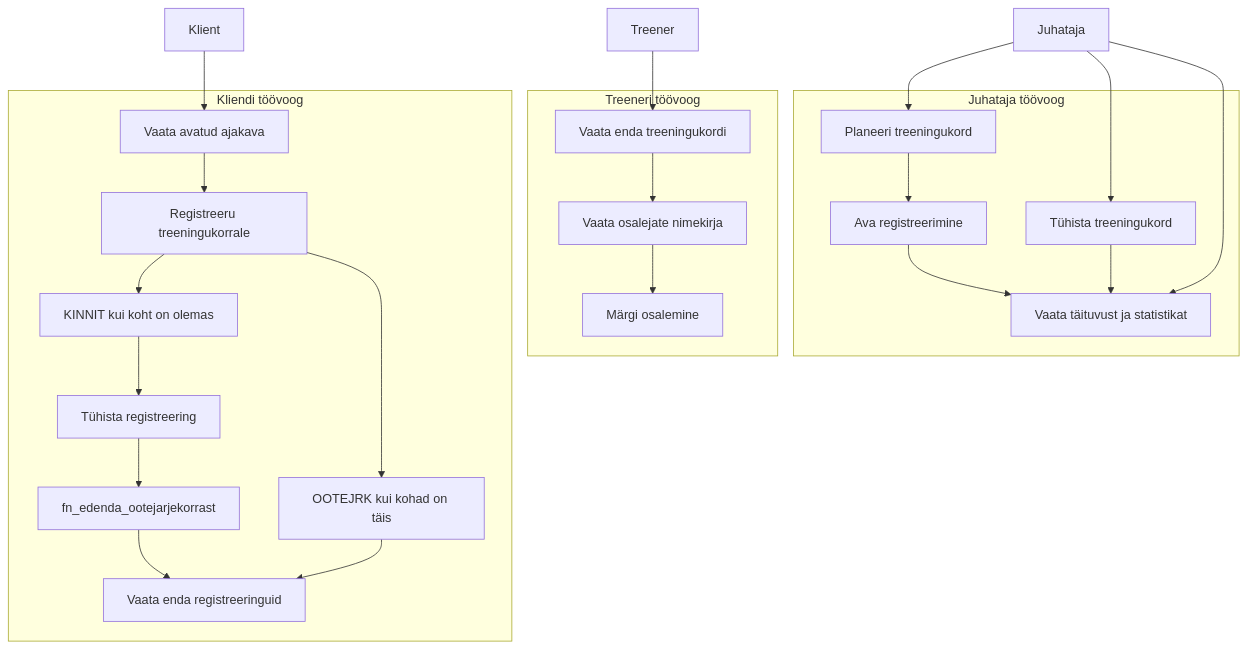
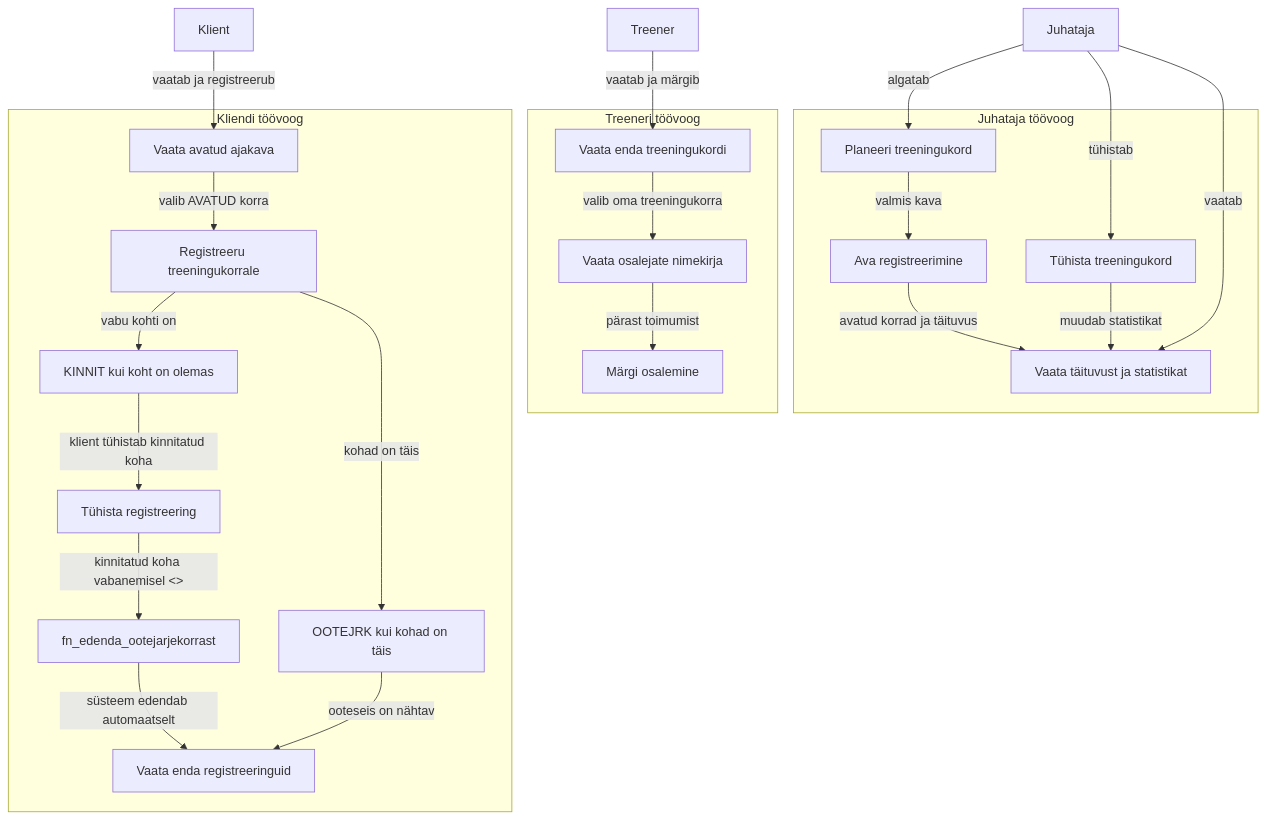
One commit to tamkivi/andmebaasid-projekt changed the diagram in diagrams/02_use_cases.mmd. Above: the diagram before and after it, drawn with Mermaid. The commit also changed 23 other files, not shown here.

```diff
--- a/diagrams/02_use_cases.mmd
+++ b/diagrams/02_use_cases.mmd
@@ -1,41 +1,45 @@
 flowchart TB
     JUH["Juhataja"]
     TRE["Treener"]
     KLI["Klient"]
 
     subgraph "Juhataja töövoog"
         P["Planeeri treeningukord"]
         A["Ava registreerimine"]
         C["Tühista treeningukord"]
         S["Vaata täituvust ja statistikat"]
-        P --> A --> S
-        C --> S
+        P -->|"valmis kava"| A
+        A -->|"avatud korrad ja täituvus"| S
+        C -->|"muudab statistikat"| S
     end
 
     subgraph "Treeneri töövoog"
         TT["Vaata enda treeningukordi"]
         R["Vaata osalejate nimekirja"]
         O["Märgi osalemine"]
-        TT --> R --> O
+        TT -->|"valib oma treeningukorra"| R
+        R -->|"pärast toimumist"| O
     end
 
     subgraph "Kliendi töövoog"
         AJ["Vaata avatud ajakava"]
         REG["Registreeru treeningukorrale"]
         KIN["KINNIT kui koht on olemas"]
         OOT["OOTEJRK kui kohad on täis"]
         TYH["Tühista registreering"]
         ED["fn_edenda_ootejarjekorrast"]
         MINU["Vaata enda registreeringuid"]
-        AJ --> REG
-        REG --> KIN
-        REG --> OOT
-        KIN --> TYH --> ED --> MINU
-        OOT --> MINU
+        AJ -->|"valib AVATUD korra"| REG
+        REG -->|"vabu kohti on"| KIN
+        REG -->|"kohad on täis"| OOT
+        KIN -->|"klient tühistab kinnitatud koha"| TYH
+        TYH -->|"kinnitatud koha vabanemisel <<include>>"| ED
+        ED -->|"süsteem edendab automaatselt"| MINU
+        OOT -->|"ooteseis on nähtav"| MINU
     end
 
-    JUH --> P
-    JUH --> C
-    JUH --> S
-    TRE --> TT
-    KLI --> AJ
+    JUH -->|"algatab"| P
+    JUH -->|"tühistab"| C
+    JUH -->|"vaatab"| S
+    TRE -->|"vaatab ja märgib"| TT
+    KLI -->|"vaatab ja registreerub"| AJ
```
